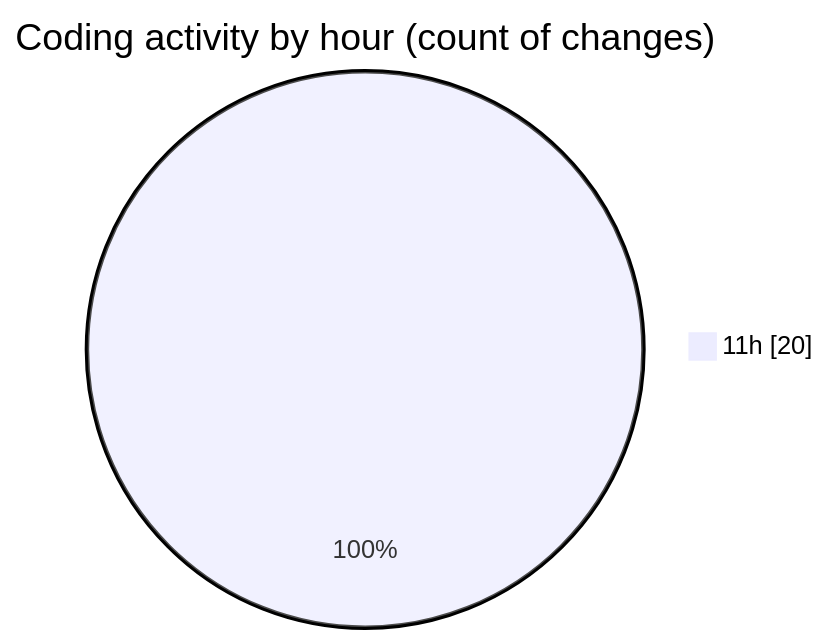
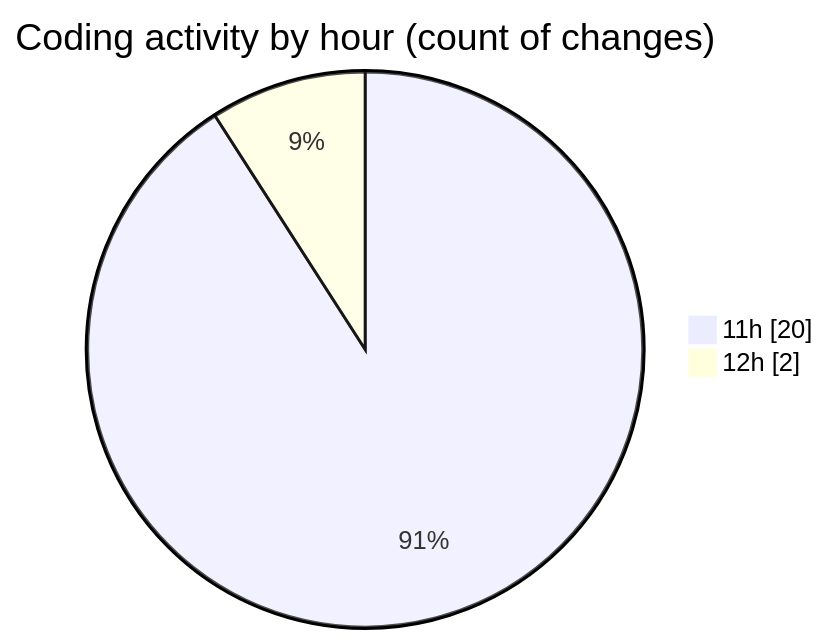
Before and after one commit to robertbonfada/code-tracking: the second of 2 diagrams in 2025-01-31/audiobooks-web/README.md, drawn with Mermaid. The commit also changed other lines of this file and 1 other file, not shown here.

````diff
--- a/2025-01-31/audiobooks-web/README.md
+++ b/2025-01-31/audiobooks-web/README.md
@@ -40,5 +40,6 @@
 ```mermaid
 pie showData
 title Coding activity by hour (count of changes)
 "11h" : 20
+"12h" : 2
 ```
````
